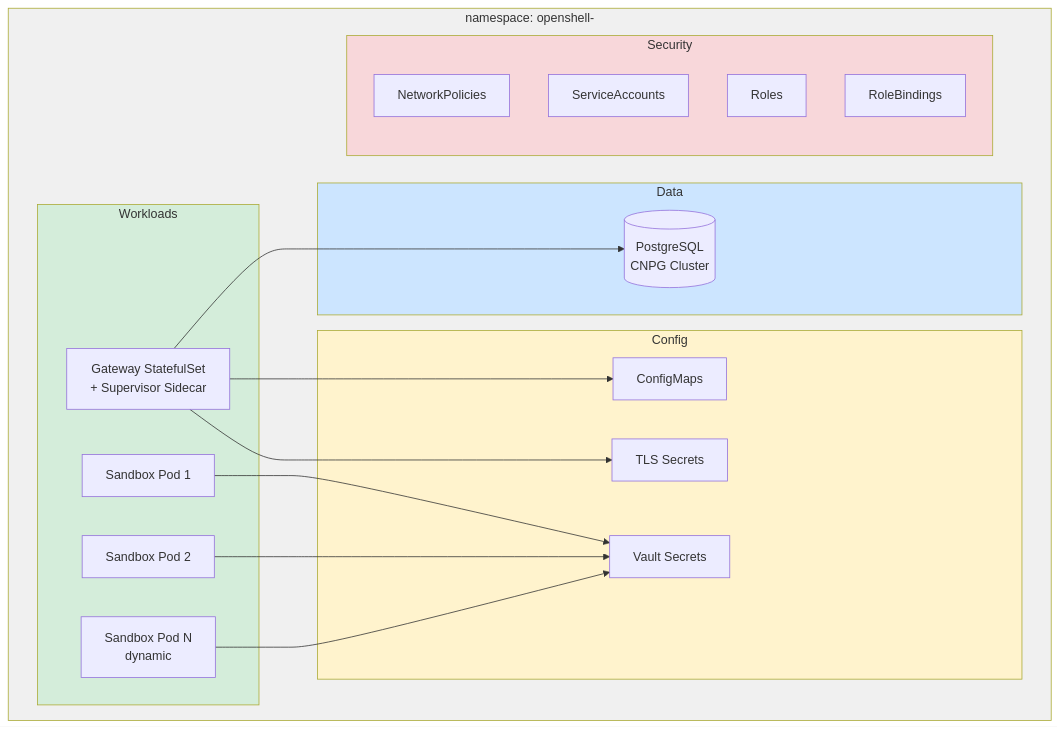
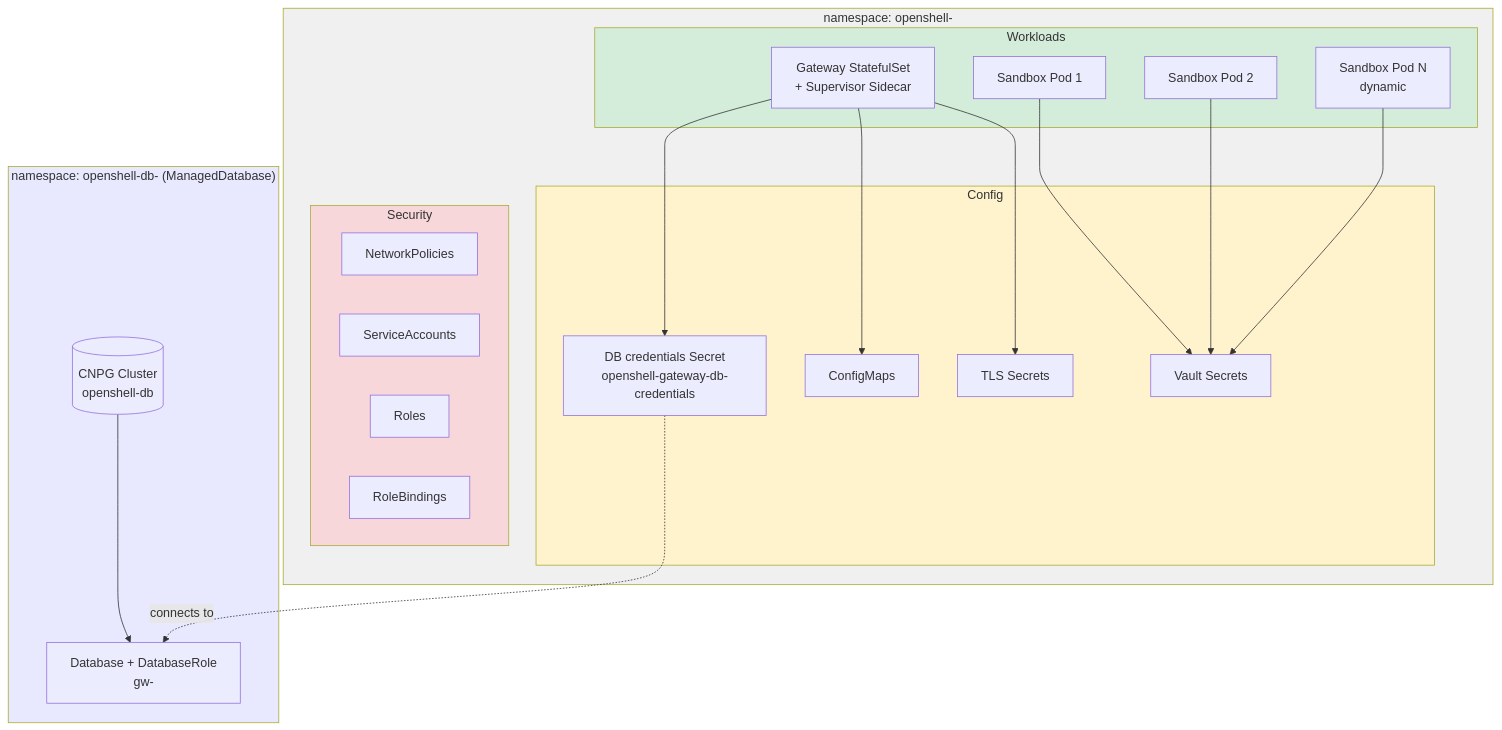
One commit to JGiola/hypershell changed the seventh of 8 diagrams in specs/platform/global-architecture.spec.md. Above: the diagram before and after it, drawn with Mermaid. The commit also changed other lines of this file and 12 other files, not shown here.

````diff
--- a/specs/platform/global-architecture.spec.md
+++ b/specs/platform/global-architecture.spec.md
@@ -787,41 +843,45 @@
 ```mermaid
 graph TB
-    subgraph NS["namespace: openshell-<gateway-name>"]
+    subgraph NS["namespace: openshell-<gateway-hash>"]
         subgraph Workloads
             GW[Gateway StatefulSet<br/>+ Supervisor Sidecar]
             SB1[Sandbox Pod 1]
             SB2[Sandbox Pod 2]
             SBN[Sandbox Pod N<br/>dynamic]
         end
         
-        subgraph Data
-            DB[(PostgreSQL<br/>CNPG Cluster)]
-        end
-        
         subgraph Config
             CM[ConfigMaps]
             SEC[TLS Secrets]
             VSEC[Vault Secrets]
+            DBC[DB credentials Secret<br/>openshell-gateway-db-credentials]
         end
         
         subgraph Security
             NP[NetworkPolicies]
             SA[ServiceAccounts]
             ROLE[Roles]
             RB[RoleBindings]
         end
     end
     
-    GW --> DB
+    subgraph DBNS["namespace: openshell-db-<hash> (ManagedDatabase)"]
+        DB[(CNPG Cluster<br/>openshell-db)]
+        DBR[Database + DatabaseRole<br/>gw-<gateway-id>]
+        DB --> DBR
+    end
+    
+    GW --> DBC
+    DBC -.->|connects to| DBR
     GW --> CM
     GW --> SEC
     SB1 --> VSEC
     SB2 --> VSEC
     SBN --> VSEC
     
     style NS fill:#f0f0f0
+    style DBNS fill:#e8e8ff
     style Workloads fill:#d4edda
-    style Data fill:#cce5ff
     style Config fill:#fff3cd
     style Security fill:#f8d7da
 ```
````
